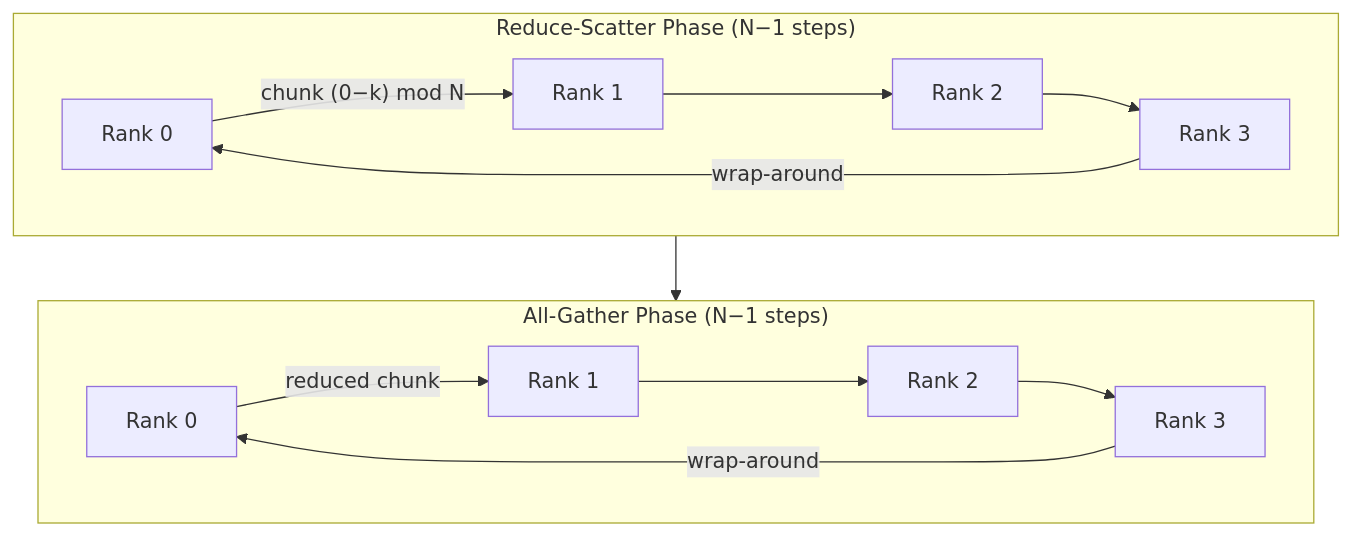
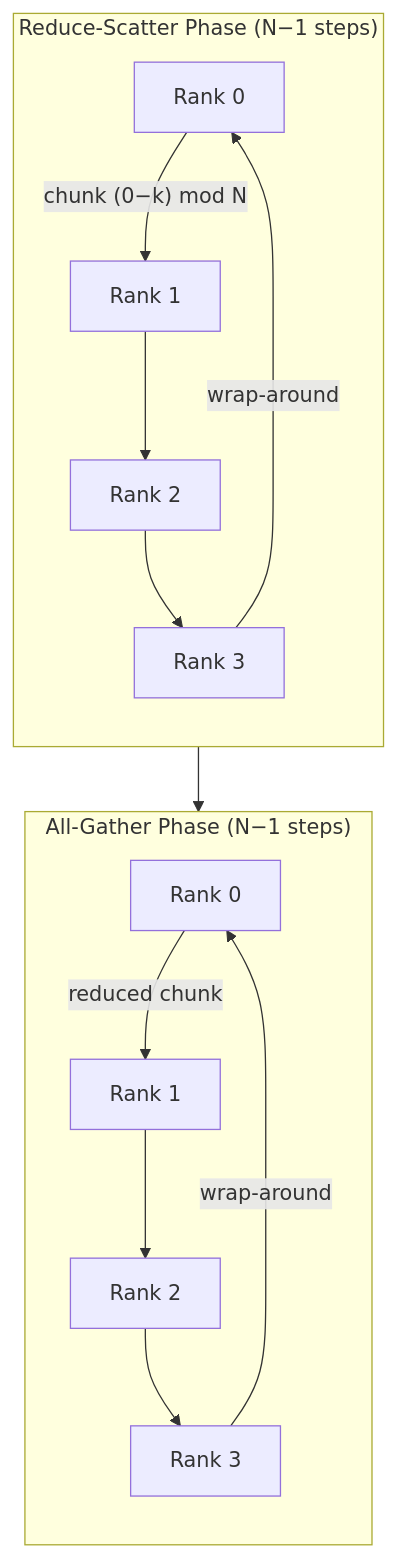
The second of 5 diagrams in ai_infra/L7_Training_Stack/Collectives_and_NCCL.md (Wty2003328/ai_infra_intro), drawn with Mermaid before and after one commit. The commit also changed other lines of this file and 13 other files, not shown here.

````diff
--- a/ai_infra/L7_Training_Stack/Collectives_and_NCCL.md
+++ b/ai_infra/L7_Training_Stack/Collectives_and_NCCL.md
@@ -104,20 +104,20 @@
 ```mermaid
 flowchart TD
     subgraph RS["Reduce-Scatter Phase (N−1 steps)"]
-        direction LR
+        direction TB
         R0S["Rank 0"] -->|"chunk (0−k) mod N"| R1S["Rank 1"]
         R1S --> R2S["Rank 2"]
         R2S --> R3S["Rank 3"]
         R3S -->|"wrap-around"| R0S
     end
 
     subgraph AG["All-Gather Phase (N−1 steps)"]
-        direction LR
+        direction TB
         R0A["Rank 0"] -->|"reduced chunk"| R1A["Rank 1"]
         R1A --> R2A["Rank 2"]
         R2A --> R3A["Rank 3"]
         R3A -->|"wrap-around"| R0A
     end
 
     RS --> AG
 ```
````
